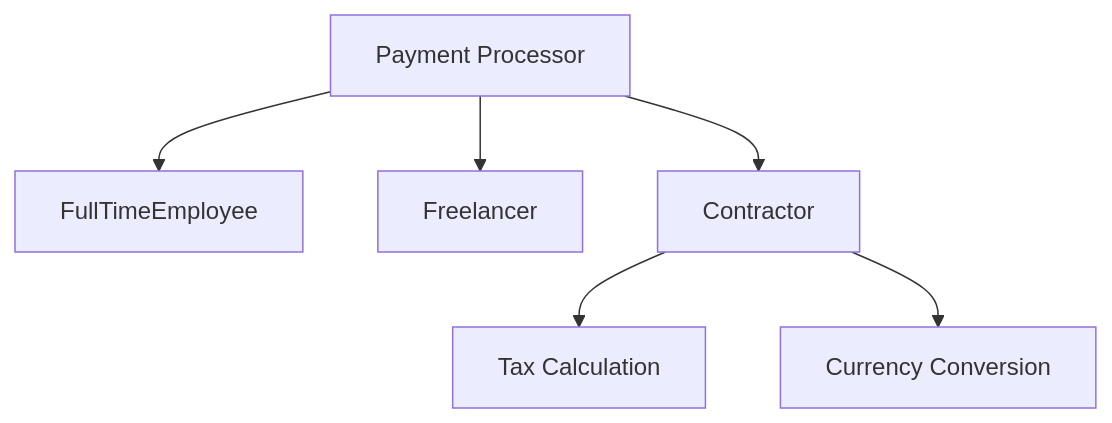
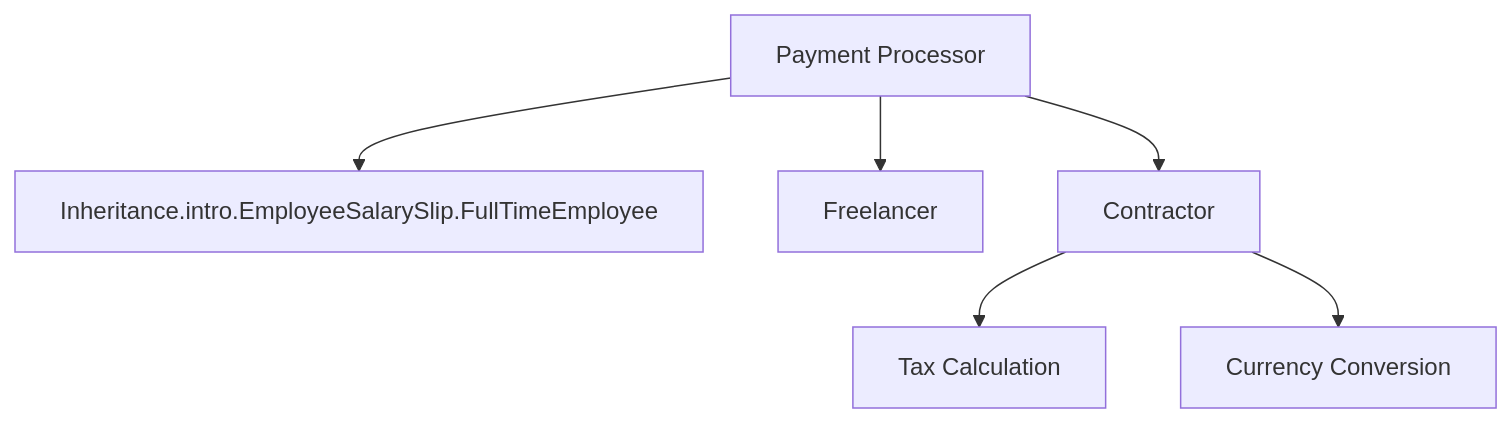
The second of 3 diagrams in Payable/payableReadme.md (harshit001-2023/Object-Oriented-Programming-with-Java), drawn with Mermaid before and after one commit. The commit also changed other lines of this file and 5 other files, not shown here.

````diff
--- a/Payable/payableReadme.md
+++ b/Payable/payableReadme.md
@@ -63,8 +63,8 @@
 ```mermaid
 flowchart TD
-    Basics.oop.A[Payment Processor] --> Basics.oop.B[FullTimeEmployee]
+    Basics.oop.A[Payment Processor] --> Basics.oop.B[Inheritance.intro.EmployeeSalarySlip.FullTimeEmployee]
     Basics.oop.A --> C[Freelancer]
     Basics.oop.A --> D[Contractor]
     D --> E[Tax Calculation]
     D --> F[Currency Conversion]
 ```
````
